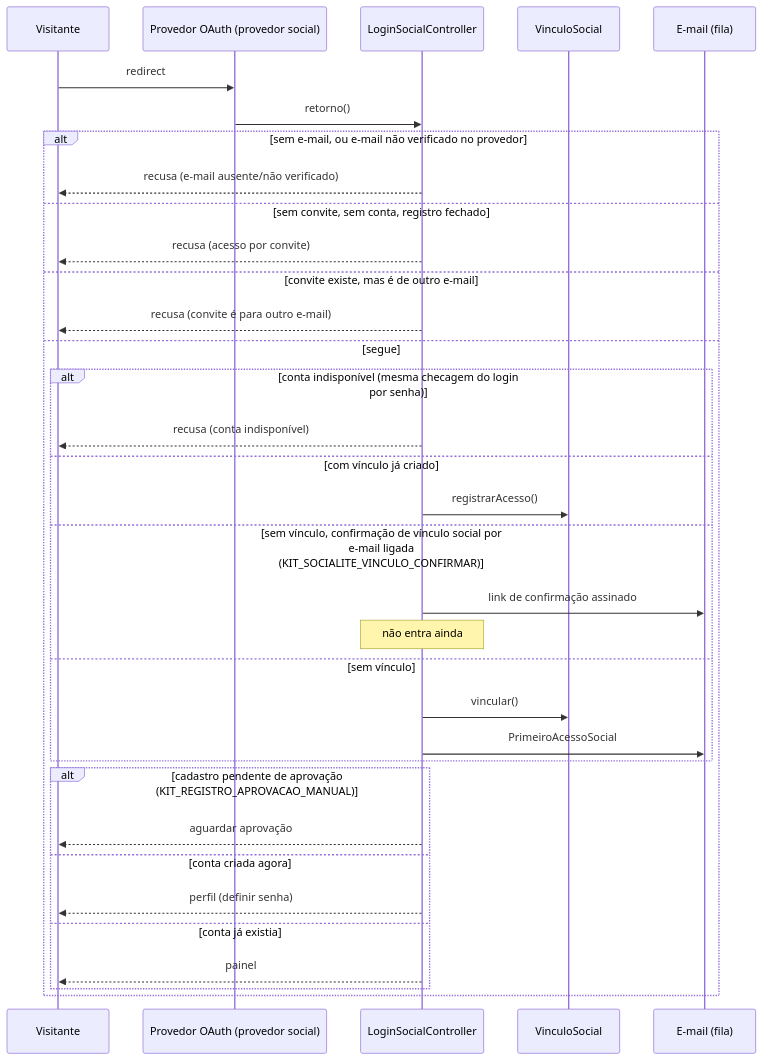
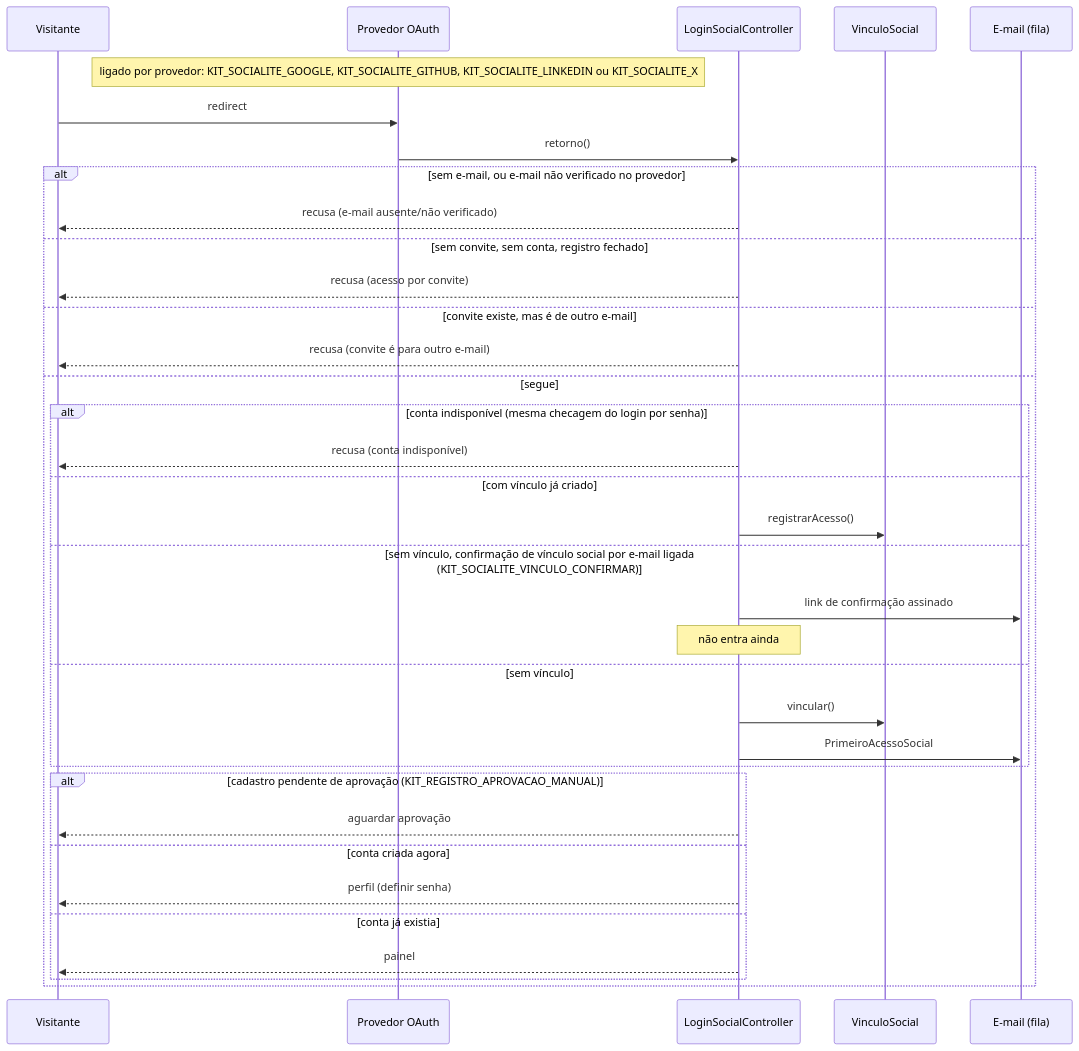
Before and after one commit to gsferro/filament-starter-kit-easy: the diagram in docs/pt/autenticacao/login-social.md, drawn with Mermaid. The commit also changed 17 other files, not shown here.

First line of the commit message:
:white_check_mark: test(diagramas): as guardas da revisao adversarial da adicao, e as docs que elas acharam

````diff
--- a/docs/pt/autenticacao/login-social.md
+++ b/docs/pt/autenticacao/login-social.md
@@ -139,39 +139,40 @@
 ```mermaid
 sequenceDiagram
 %% DG-06
 accTitle: Retorno do login social
 accDescr: Os desfechos do retorno de um provedor social — recusas, indisponibilidade, confirmação de vínculo, aprovação pendente e o destino final por conta nova ou existente.
   participant visitante as Visitante
-  participant provedor as Provedor OAuth (provedor social)
+  participant provedor as Provedor OAuth
   participant controller as LoginSocialController
   participant vinculo as VinculoSocial
   participant email_fila as E-mail (fila)
+  note over provedor: ligado por provedor: KIT_SOCIALITE_GOOGLE, KIT_SOCIALITE_GITHUB, KIT_SOCIALITE_LINKEDIN ou KIT_SOCIALITE_X
   visitante->>provedor: redirect
   provedor->>controller: retorno()
   alt sem e-mail, ou e-mail não verificado no provedor
     controller-->>visitante: recusa (e-mail ausente/não verificado)
   else sem convite, sem conta, registro fechado
     controller-->>visitante: recusa (acesso por convite)
   else convite existe, mas é de outro e-mail
     controller-->>visitante: recusa (convite é para outro e-mail)
   else segue
     alt conta indisponível (mesma checagem do login por senha)
       controller-->>visitante: recusa (conta indisponível)
     else com vínculo já criado
       controller->>vinculo: registrarAcesso()
     else sem vínculo, confirmação de vínculo social por e-mail ligada (KIT_SOCIALITE_VINCULO_CONFIRMAR)
       controller->>email_fila: link de confirmação assinado
       note over controller: não entra ainda
     else sem vínculo
       controller->>vinculo: vincular()
       controller->>email_fila: PrimeiroAcessoSocial
     end
     alt cadastro pendente de aprovação (KIT_REGISTRO_APROVACAO_MANUAL)
       controller-->>visitante: aguardar aprovação
     else conta criada agora
       controller-->>visitante: perfil (definir senha)
     else conta já existia
       controller-->>visitante: painel
     end
   end
 ```
````
